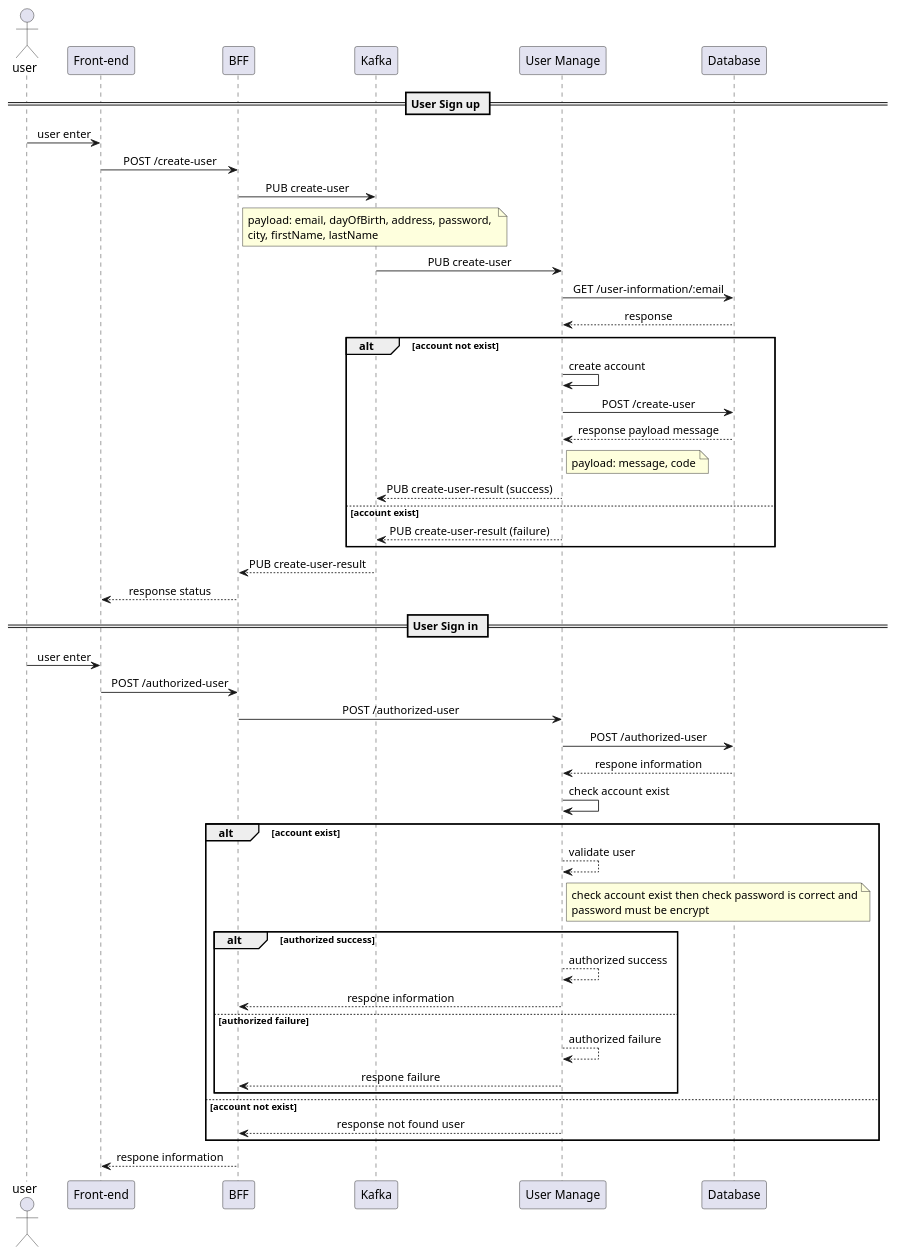
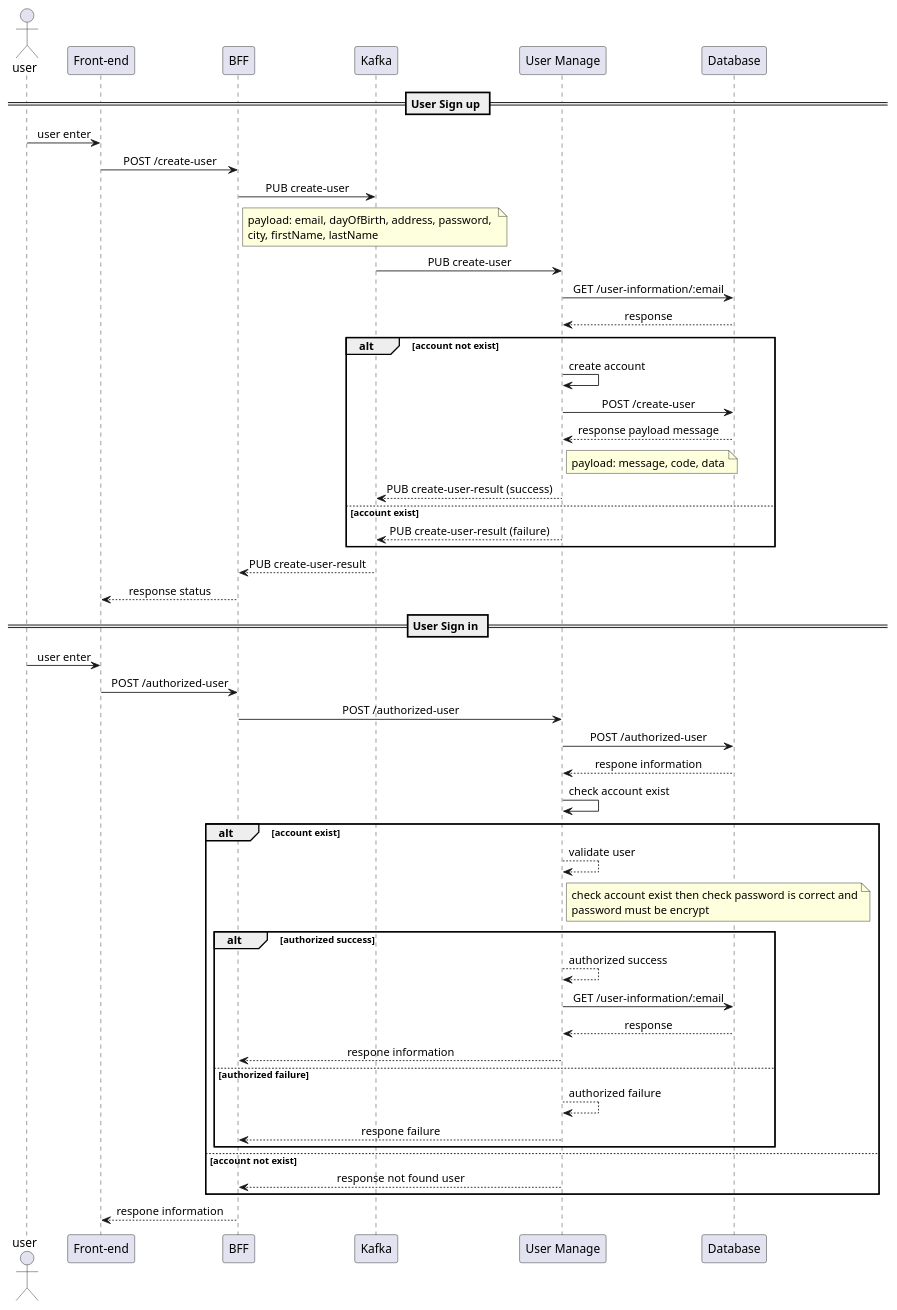
One commit to room-chat/docs changed the diagram in umls-docs/user.plantuml. Above: the diagram before and after it, drawn with PlantUML. The commit also changed 1 other file, not shown here.

```diff
--- a/umls-docs/user.plantuml
+++ b/umls-docs/user.plantuml
@@ -1,65 +1,67 @@
 @startuml User-Authentication
 
 skinparam SequenceMessageAlignment center
 
 actor user
 participant "Front-end" as frontEnd
 participant BFF as bff
 participant Kafka as kafka
 participant "User Manage" as userManage
 participant Database as database
 
 == User Sign up ==
 user -> frontEnd : user enter
 frontEnd -> bff :  POST /create-user
 bff -> kafka: PUB create-user
 note right of bff
     payload: email, dayOfBirth, address, password, 
     city, firstName, lastName
 end note
 kafka -> userManage: PUB create-user
 userManage -> database: GET /user-information/:email
 database ---> userManage: response 
 alt account not exist
     userManage -> userManage: create account
     userManage -> database: POST /create-user
     "database" ---> userManage: response payload message
     note right of userManage
-        payload: message, code
+        payload: message, code, data
     end note 
     userManage ---> kafka: PUB create-user-result (success)
 else account exist
     userManage ---> kafka: PUB create-user-result (failure)
 end
 kafka ---> bff: PUB create-user-result
 bff --> frontEnd: response status
 
 == User Sign in ==
 user -> frontEnd : user enter
 frontEnd -> bff :  POST /authorized-user
 bff -> userManage: POST /authorized-user
 userManage -> database: POST /authorized-user
 database --> userManage : respone information
 userManage -> userManage: check account exist
 alt account exist
 userManage ---> userManage: validate user
 note right of userManage 
     check account exist then check password is correct and
     password must be encrypt
 end note
 
 alt authorized success
     userManage ---> userManage: authorized success
+    userManage -> database: GET /user-information/:email
+    database ---> userManage: response
     userManage ---> bff: respone information
 else authorized failure
     userManage ---> userManage: authorized failure
     userManage ---> bff: respone failure
 end
 else account not exist
 userManage ---> bff: response not found user
 end
 
 bff --> frontEnd :  respone information
 
 
 @enduml
```
